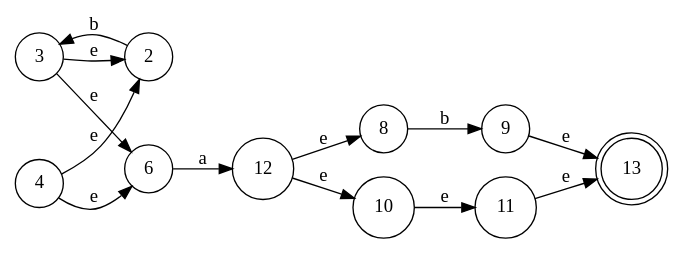
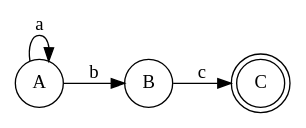
One commit to bloomfieldfong/Creacion-de-Automatas changed the diagram in automata.gv. Above: the diagram before and after it, drawn with Graphviz. The commit also changed 3 other files, not shown here.

```diff
--- a/automata.gv
+++ b/automata.gv
@@ -1,18 +1,9 @@
 digraph finite_state_machine {
 	rankdir=LR size="8,5"
 	node [shape=doublecircle]
-	13
+	C
 	node [shape=circle]
-	2 -> 3 [label=b]
-	3 -> 2 [label=e]
-	3 -> 6 [label=e]
-	4 -> 2 [label=e]
-	4 -> 6 [label=e]
-	6 -> 12 [label=a]
-	8 -> 9 [label=b]
-	9 -> 13 [label=e]
-	10 -> 11 [label=e]
-	11 -> 13 [label=e]
-	12 -> 8 [label=e]
-	12 -> 10 [label=e]
+	A -> A [label=a]
+	A -> B [label=b]
+	B -> C [label=c]
 }
```
